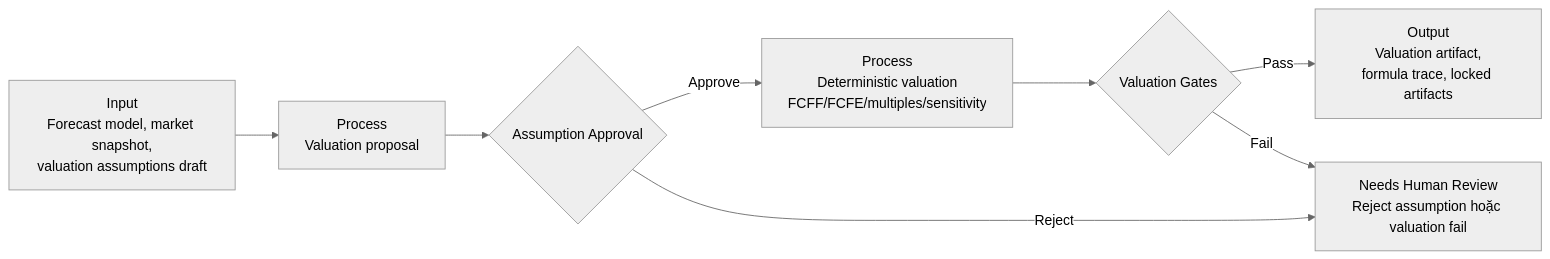
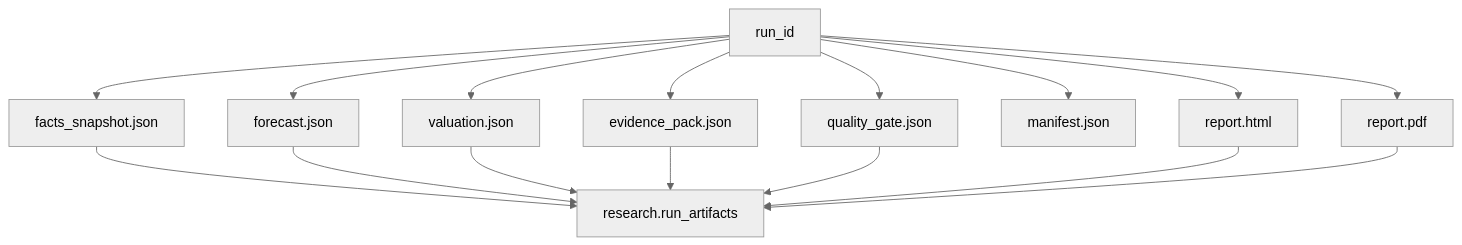
One commit to haubelerche/equity-research-system changed diagram 15 of 24 in docs/SEQUENCE.md. Above: the diagram before and after it, drawn with Mermaid (neutral theme). The commit also changed other lines of this file and 56 other files, not shown here.

````diff
--- a/docs/SEQUENCE.md
+++ b/docs/SEQUENCE.md
@@ -447,16 +422,29 @@
 ```mermaid
-flowchart LR
-    A["Input<br/>Forecast model, market snapshot,<br/>valuation assumptions draft"]
-    B["Process<br/>Valuation proposal"]
-    C{"Assumption Approval"}
-    D["Process<br/>Deterministic valuation<br/>FCFF/FCFE/multiples/sensitivity"]
-    E{"Valuation Gates"}
-    F["Output<br/>Valuation artifact,<br/>formula trace, locked artifacts"]
-    G["Needs Human Review<br/>Reject assumption hoặc valuation fail"]
+flowchart TD
+    A["run_id"]
+    B["facts_snapshot.json"]
+    C["forecast.json"]
+    D["valuation.json"]
+    E["evidence_pack.json"]
+    F["quality_gate.json"]
+    G["manifest.json"]
+    H["report.html"]
+    I["report.pdf"]
+    J["research.run_artifacts"]
 
-    A --> B --> C
-    C -- Approve --> D --> E
-    C -- Reject --> G
-    E -- Pass --> F
-    E -- Fail --> G
+    A --> B
+    A --> C
+    A --> D
+    A --> E
+    A --> F
+    A --> G
+    A --> H
+    A --> I
+    B --> J
+    C --> J
+    D --> J
+    E --> J
+    F --> J
+    H --> J
+    I --> J
 ```
````
